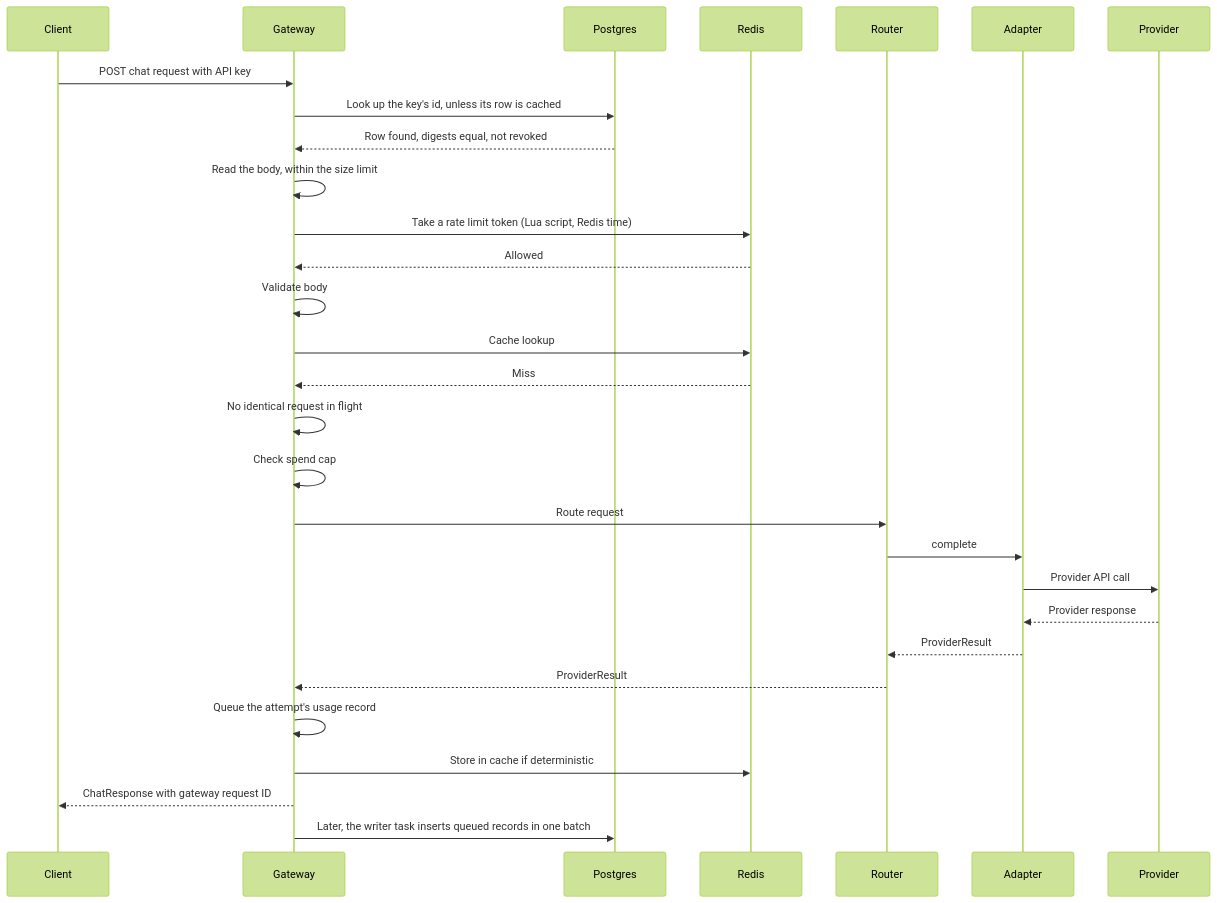
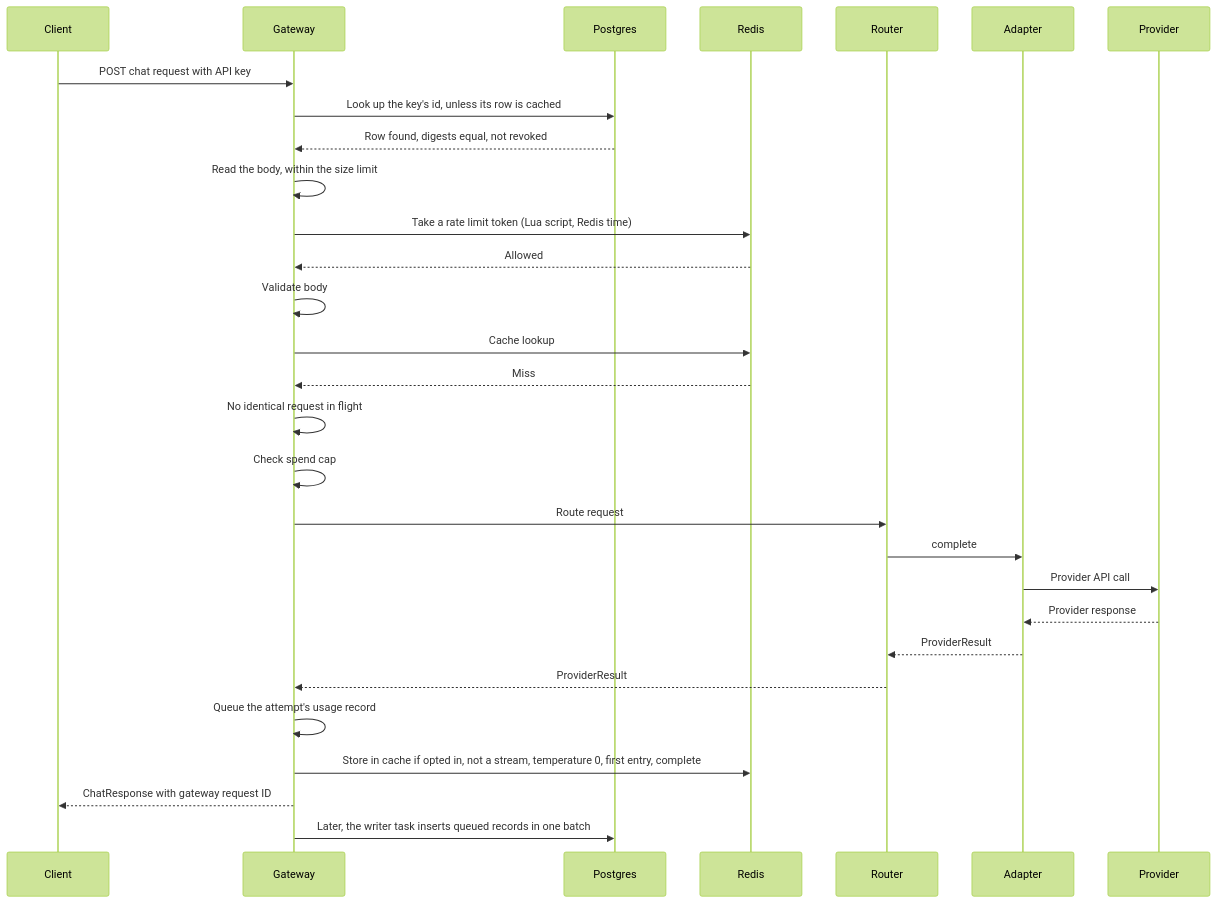
The sixth of 6 diagrams in FLOW.md (Jasmeet-011/LLMGateway), drawn with Mermaid (forest theme) before and after one commit. The commit also changed other lines of this file and 4 other files, not shown here.

````diff
--- a/FLOW.md
+++ b/FLOW.md
@@ -235,31 +237,31 @@
 ```mermaid
 sequenceDiagram
     participant C as Client
     participant G as Gateway
     participant P as Postgres
     participant R as Redis
     participant RT as Router
     participant A as Adapter
     participant LLM as Provider
     C->>G: POST chat request with API key
     G->>P: Look up the key's id, unless its row is cached
     P-->>G: Row found, digests equal, not revoked
     G->>G: Read the body, within the size limit
     G->>R: Take a rate limit token (Lua script, Redis time)
     R-->>G: Allowed
     G->>G: Validate body
     G->>R: Cache lookup
     R-->>G: Miss
     G->>G: No identical request in flight
     G->>G: Check spend cap
     G->>RT: Route request
     RT->>A: complete
     A->>LLM: Provider API call
     LLM-->>A: Provider response
     A-->>RT: ProviderResult
     RT-->>G: ProviderResult
     G->>G: Queue the attempt's usage record
-    G->>R: Store in cache if deterministic
+    G->>R: Store in cache if opted in, not a stream, temperature 0, first entry, complete
     G-->>C: ChatResponse with gateway request ID
     G->>P: Later, the writer task inserts queued records in one batch
 ```
````
